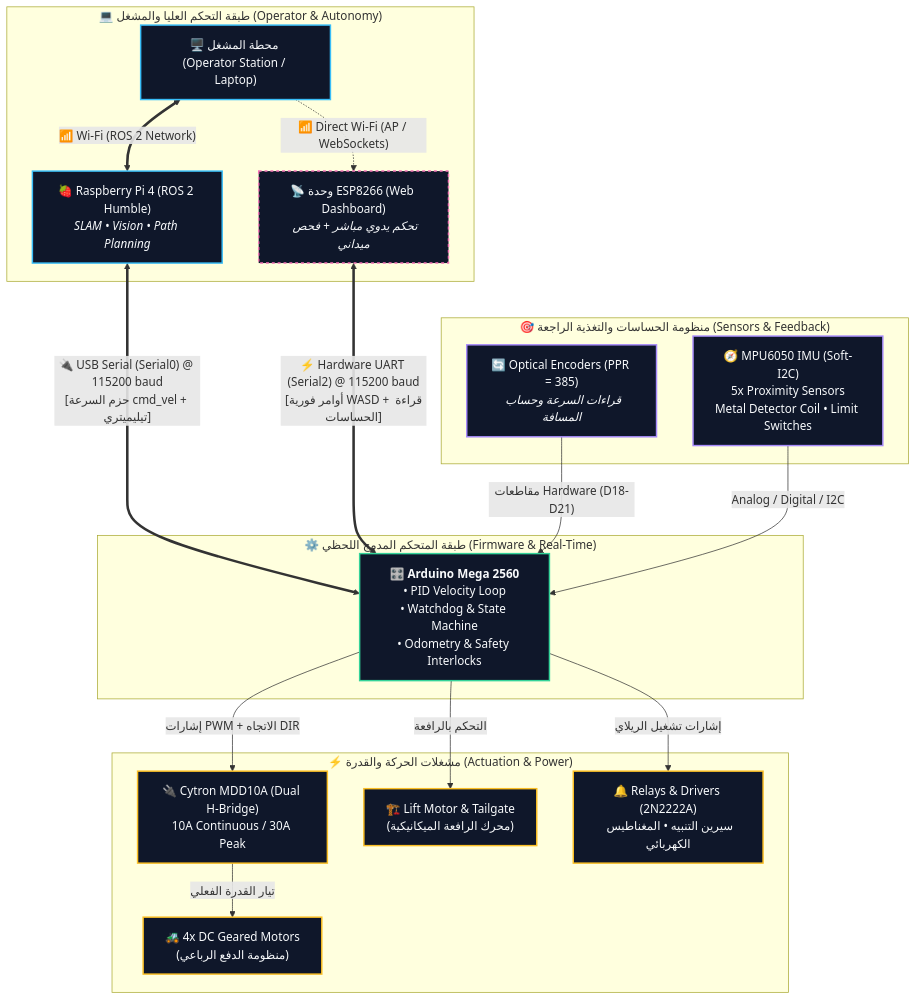
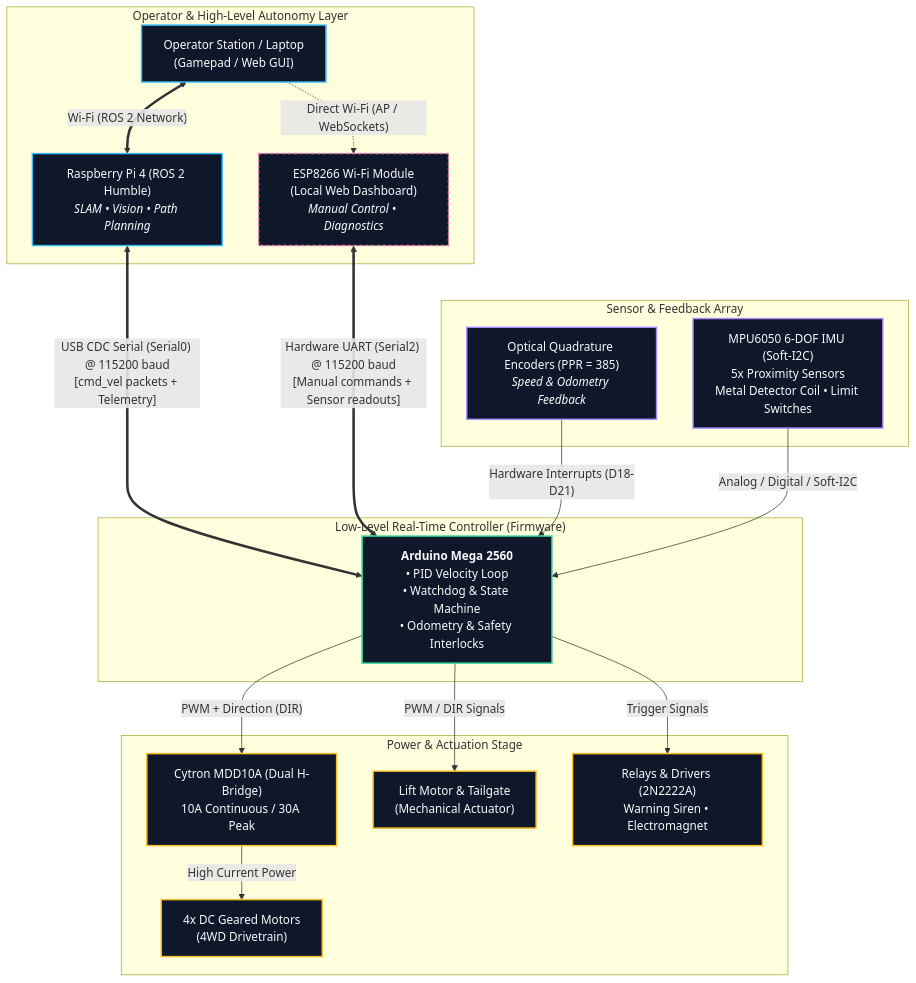
Before and after one commit to arminesweeper/Minesweeper2026: the diagram in Minesweeper_Competitions_Overview_Humanized.md, drawn with Mermaid. The commit also changed other lines of this file and 5 other files, not shown here.

Commit message:
feat: update Minesweeper documentation and enhance motor controller configurations; refine lift and magnet control logic, improve sensor integration, and adjust proximity sensor handling for better detection accuracy

````diff
--- a/Minesweeper_Competitions_Overview_Humanized.md
+++ b/Minesweeper_Competitions_Overview_Humanized.md
@@ -39,46 +39,46 @@
 ```mermaid
 flowchart TD
     %% Styling
     classDef highLevel fill:#0f172a,stroke:#38bdf8,stroke-width:2px,color:#f8fafc;
     classDef lowLevel fill:#0f172a,stroke:#34d399,stroke-width:2px,color:#f8fafc;
     classDef actuation fill:#0f172a,stroke:#fbbf24,stroke-width:2px,color:#f8fafc;
     classDef sensors fill:#0f172a,stroke:#a78bfa,stroke-width:2px,color:#f8fafc;
     classDef altPath fill:#0f172a,stroke:#f472b6,stroke-width:2px,stroke-dasharray: 4 4,color:#f8fafc;
 
-    subgraph HighLayer ["💻 طبقة التحكم العليا والمشغل (Operator & Autonomy)"]
-        OP["🖥️ محطة المشغل (Operator Station / Laptop)"]:::highLevel
-        RPI["🍓 Raspberry Pi 4 (ROS 2 Humble)<br/><i>SLAM • Vision • Path Planning</i>"]:::highLevel
-        ESP["📡 وحدة ESP8266 (Web Dashboard)<br/><i>تحكم يدوي مباشر + فحص ميداني</i>"]:::altPath
+    subgraph HighLayer ["Operator & High-Level Autonomy Layer"]
+        OP["Operator Station / Laptop<br/>(Gamepad / Web GUI)"]:::highLevel
+        RPI["Raspberry Pi 4 (ROS 2 Humble)<br/><i>SLAM • Vision • Path Planning</i>"]:::highLevel
+        ESP["ESP8266 Wi-Fi Module<br/>(Local Web Dashboard)<br/><i>Manual Control • Diagnostics</i>"]:::altPath
     end
 
-    subgraph LowLayer ["⚙️ طبقة المتحكم المدمج اللحظي (Firmware & Real-Time)"]
-        MEGA["🎛️ <b>Arduino Mega 2560</b><br/>• PID Velocity Loop<br/>• Watchdog & State Machine<br/>• Odometry & Safety Interlocks"]:::lowLevel
+    subgraph LowLayer ["Low-Level Real-Time Controller (Firmware)"]
+        MEGA["<b>Arduino Mega 2560</b><br/>• PID Velocity Loop<br/>• Watchdog & State Machine<br/>• Odometry & Safety Interlocks"]:::lowLevel
     end
 
-    subgraph ActuationLayer ["⚡ مشغلات الحركة والقدرة (Actuation & Power)"]
-        CYTRON["🔌 Cytron MDD10A (Dual H-Bridge)<br/>10A Continuous / 30A Peak"]:::actuation
-        MOTORS["🚜 4x DC Geared Motors<br/>(منظومة الدفع الرباعي)"]:::actuation
-        LIFT["🏗️ Lift Motor & Tailgate<br/>(محرك الرافعة الميكانيكية)"]:::actuation
-        RELAYS["🔔 Relays & Drivers (2N2222A)<br/>سيرين التنبيه • المغناطيس الكهربائي"]:::actuation
+    subgraph ActuationLayer ["Power & Actuation Stage"]
+        CYTRON["Cytron MDD10A (Dual H-Bridge)<br/>10A Continuous / 30A Peak"]:::actuation
+        MOTORS["4x DC Geared Motors<br/>(4WD Drivetrain)"]:::actuation
+        LIFT["Lift Motor & Tailgate<br/>(Mechanical Actuator)"]:::actuation
+        RELAYS["Relays & Drivers (2N2222A)<br/>Warning Siren • Electromagnet"]:::actuation
     end
 
-    subgraph SensingLayer ["🎯 منظومة الحساسات والتغذية الراجعة (Sensors & Feedback)"]
-        ENC["🔄 Optical Encoders (PPR = 385)<br/><i>قراءات السرعة وحساب المسافة</i>"]:::sensors
-        SENS["🧭 MPU6050 IMU (Soft-I2C)<br/>5x Proximity Sensors<br/>Metal Detector Coil • Limit Switches"]:::sensors
+    subgraph SensingLayer ["Sensor & Feedback Array"]
+        ENC["Optical Quadrature Encoders (PPR = 385)<br/><i>Speed & Odometry Feedback</i>"]:::sensors
+        SENS["MPU6050 6-DOF IMU (Soft-I2C)<br/>5x Proximity Sensors<br/>Metal Detector Coil • Limit Switches"]:::sensors
     end
 
     %% Routing
-    OP <==>|"📶 Wi-Fi (ROS 2 Network)"| RPI
-    OP -.->|"📶 Direct Wi-Fi (AP / WebSockets)"| ESP
+    OP <==>|"Wi-Fi (ROS 2 Network)"| RPI
+    OP -.->|"Direct Wi-Fi (AP / WebSockets)"| ESP
 
-    RPI <===>|"🔌 USB Serial (Serial0) @ 115200 baud<br/>[حزم السرعة cmd_vel + تيليميتري]"| MEGA
-    ESP <===>|"⚡ Hardware UART (Serial2) @ 115200 baud<br/>[أوامر فورية WASD + قراءة الحساسات]"| MEGA
+    RPI <===>|"USB CDC Serial (Serial0) @ 115200 baud<br/>[cmd_vel packets + Telemetry]"| MEGA
+    ESP <===>|"Hardware UART (Serial2) @ 115200 baud<br/>[Manual commands + Sensor readouts]"| MEGA
 
-    MEGA -->|"إشارات PWM + الاتجاه DIR"| CYTRON
-    CYTRON -->|"تيار القدرة الفعلي"| MOTORS
-    MEGA -->|"التحكم بالرافعة"| LIFT
-    MEGA -->|"إشارات تشغيل الريلاي"| RELAYS
+    MEGA -->|"PWM + Direction (DIR)"| CYTRON
+    CYTRON -->|"High Current Power"| MOTORS
+    MEGA -->|"PWM / DIR Signals"| LIFT
+    MEGA -->|"Trigger Signals"| RELAYS
 
-    ENC -->|"مقاطعات Hardware (D18-D21)"| MEGA
-    SENS -->|"Analog / Digital / I2C"| MEGA
+    ENC -->|"Hardware Interrupts (D18-D21)"| MEGA
+    SENS -->|"Analog / Digital / Soft-I2C"| MEGA
 ```
````
